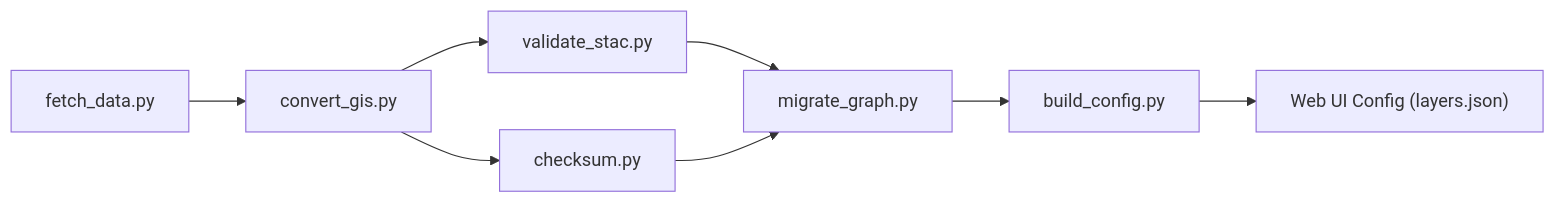
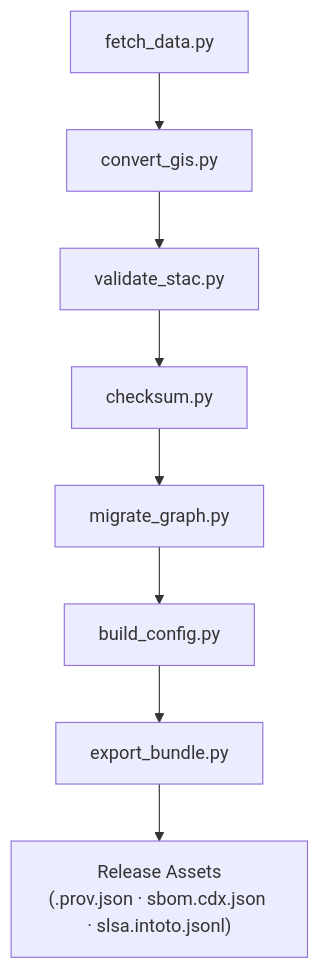
One commit to bartytime4life/Kansas-Frontier-Matrix changed the first of 2 diagrams in tools/README.md. Above: the diagram before and after it, drawn with Mermaid. The commit also changed other lines of this file, not shown here.

````diff
--- a/tools/README.md
+++ b/tools/README.md
@@ -136,10 +86,10 @@
 ```mermaid
-flowchart LR
+flowchart TD
   A["fetch_data.py"] --> B["convert_gis.py"]
   B --> C["validate_stac.py"]
-  B --> D["checksum.py"]
-  C --> E["migrate_graph.py"]
-  D --> E
+  C --> D["checksum.py"]
+  D --> E["migrate_graph.py"]
   E --> F["build_config.py"]
-  F --> G["Web UI Config (layers.json)"]
+  F --> G["export_bundle.py"]
+  G --> H["Release Assets<br/>(.prov.json · sbom.cdx.json · slsa.intoto.jsonl)"]
 ```
````
